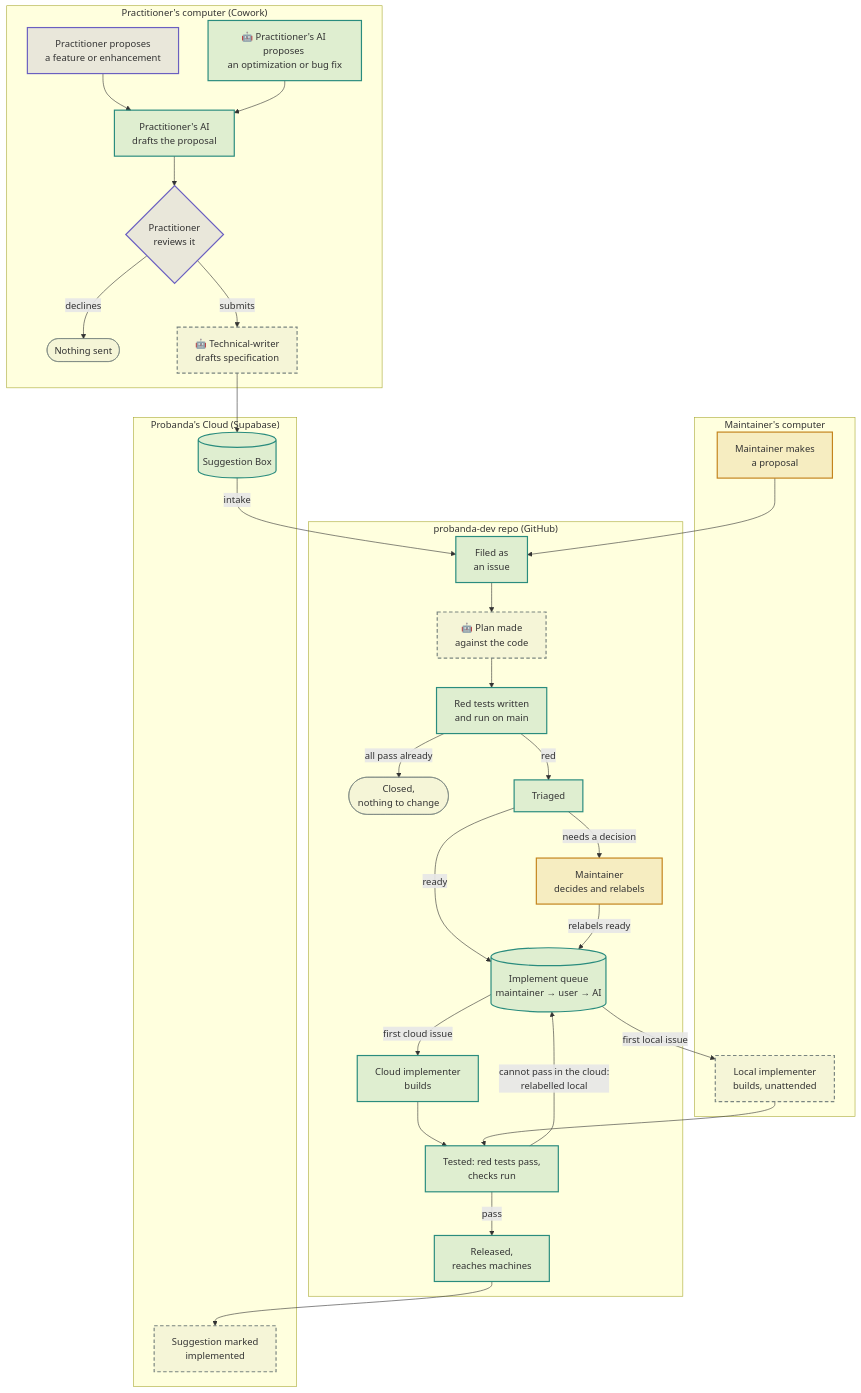
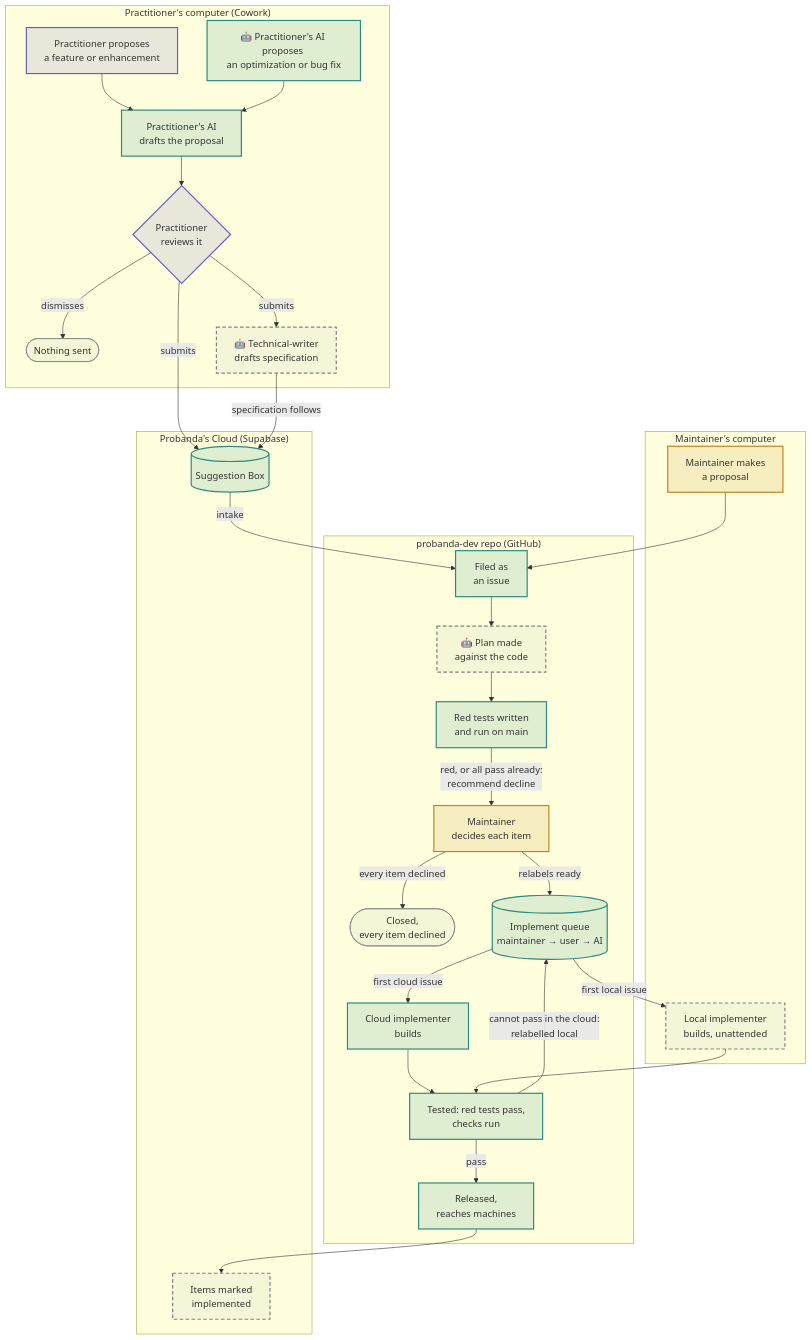
The diagram in docs/Plans/2026-10-25_suggestion-implementation-lifecycle.md (Mharbulous/probanda-dev), drawn with Mermaid before and after one commit. The commit also changed other lines of this file, not shown here.

First line of the commit message:
docs: suggestion lifecycle plan agrees with design decisions 1-28

````diff
--- a/docs/Plans/2026-10-25_suggestion-implementation-lifecycle.md
+++ b/docs/Plans/2026-10-25_suggestion-implementation-lifecycle.md
@@ -9,59 +9,57 @@
 ```mermaid
 flowchart TB
   classDef auto fill:#2a8c7e26,stroke:#2a8c7e,stroke-width:2px
   classDef person fill:#c4841d26,stroke:#c4841d,stroke-width:2px
   classDef user fill:#6a5fc126,stroke:#6a5fc1,stroke-width:2px
   classDef stop fill:#7a858014,stroke:#7a8580,stroke-width:1px
   classDef todo fill:#7a858014,stroke:#7a8580,stroke-width:2px,stroke-dasharray:6 4
 
   subgraph PC["Practitioner's computer (Cowork)"]
     PU["Practitioner proposes <br/>a feature or enhancement"]:::user
     PA["🤖 Practitioner's AI proposes <br/>an optimization or bug fix"]:::auto
     W["Practitioner's AI <br/>drafts the proposal"]:::auto
     R{"Practitioner <br/>reviews it"}:::user
     X(["Nothing sent"]):::stop
     TW["🤖 Technical-writer <br/>drafts specification"]:::todo
   end
   subgraph MC["Maintainer's computer"]
     MI["Maintainer makes <br/>a proposal"]:::person
     LR["Local implementer <br/>builds, unattended"]:::todo
   end
   subgraph GH["probanda-dev repo (GitHub)"]
     F["Filed as <br/>an issue"]:::auto
     P["🤖 Plan made <br/>against the code"]:::todo
     RT["Red tests written <br/>and run on main"]:::auto
-    C(["Closed, <br/>nothing to change"]):::stop
-    T["Triaged"]:::auto
-    D["Maintainer <br/>decides and relabels"]:::person
+    D["Maintainer <br/>decides each item"]:::person
+    C(["Closed, <br/>every item declined"]):::stop
     Q[("Implement queue <br/>maintainer → user → AI")]:::auto
     CB["Cloud implementer <br/>builds"]:::auto
     TS["Tested: red tests pass, <br/>checks run"]:::auto
     REL["Released, <br/>reaches machines"]:::auto
   end
   subgraph SBZ["Probanda's Cloud (Supabase)"]
     SB[("Suggestion Box")]:::auto
-    N["Suggestion marked <br/>implemented"]:::todo
+    N["Items marked <br/>implemented"]:::todo
   end
 
   PU --> W
   PA --> W
   W --> R
-  R -- "declines" --> X
+  R -- "dismisses" --> X
+  R -- "submits" --> SB
   R -- "submits" --> TW
-  TW --> SB
+  TW -- "specification follows" --> SB
   SB -- "intake" --> F
   MI --> F
   F --> P --> RT
-  RT -- "all pass already" --> C
-  RT -- "red" --> T
-  T -- "ready" --> Q
-  T -- "needs a decision" --> D
+  RT -- "red, or all pass already: <br/>recommend decline" --> D
+  D -- "every item declined" --> C
   D -- "relabels ready" --> Q
   Q -- "first cloud issue" --> CB
   Q -- "first local issue" --> LR
   CB --> TS
   LR --> TS
   TS -- "pass" --> REL
   TS -- "cannot pass in the cloud: <br/>relabelled local" --> Q
   REL --> N
 ```
````
